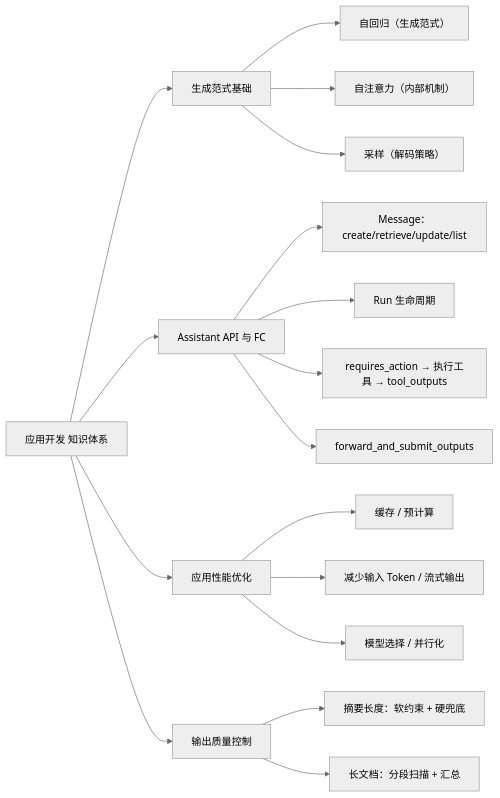
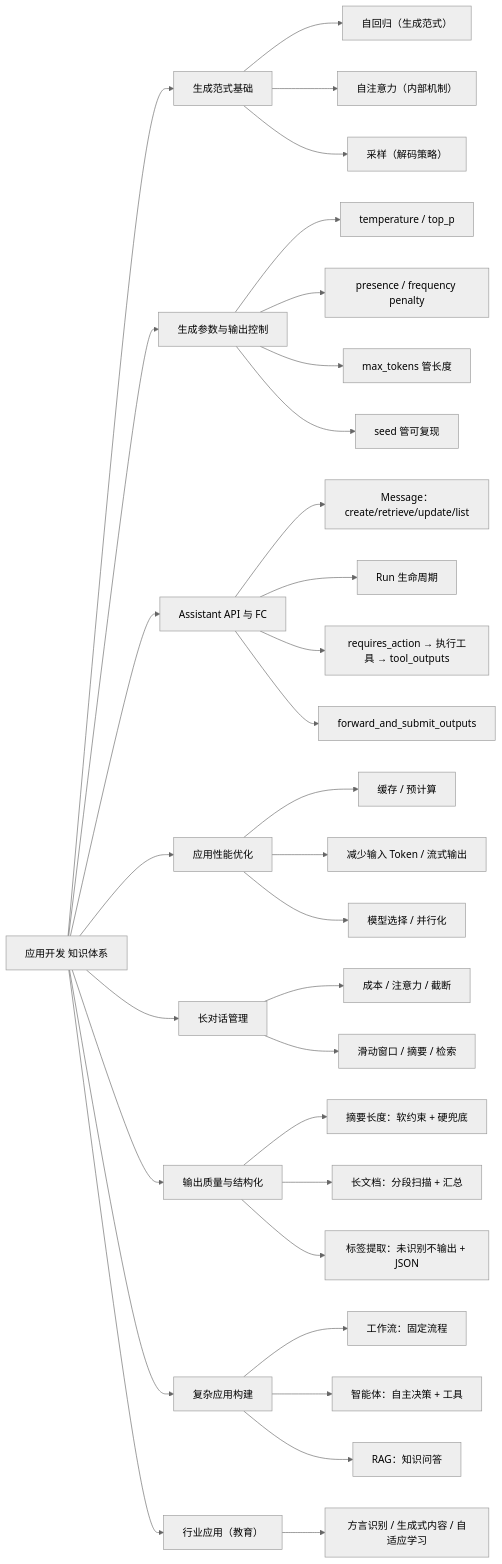
Before and after one commit to guoleihit/notes: the diagram in notes/ACP/应用/应用开发 知识点总结.md, drawn with Mermaid (neutral theme). The commit also changed other lines of this file and 1 other file, not shown here.

````diff
--- a/notes/ACP/应用/应用开发 知识点总结.md
+++ b/notes/ACP/应用/应用开发 知识点总结.md
@@ -35,19 +48,34 @@
 ```mermaid
 flowchart LR
     T["应用开发 知识体系"] --> A["生成范式基础"]
+    T --> P["生成参数与输出控制"]
     T --> B["Assistant API 与 FC"]
     T --> C["应用性能优化"]
-    T --> D["输出质量控制"]
+    T --> L["长对话管理"]
+    T --> D["输出质量与结构化"]
+    T --> H["复杂应用构建"]
+    T --> E["行业应用（教育）"]
     A --> A1["自回归（生成范式）"]
     A --> A2["自注意力（内部机制）"]
     A --> A3["采样（解码策略）"]
+    P --> P1["temperature / top_p"]
+    P --> P2["presence / frequency penalty"]
+    P --> P3["max_tokens 管长度"]
+    P --> P4["seed 管可复现"]
     B --> B1["Message：create/retrieve/update/list"]
     B --> B2["Run 生命周期"]
     B --> B3["requires_action → 执行工具 → tool_outputs"]
     B --> B4["forward_and_submit_outputs"]
     C --> C1["缓存 / 预计算"]
     C --> C2["减少输入 Token / 流式输出"]
     C --> C3["模型选择 / 并行化"]
+    L --> L1["成本 / 注意力 / 截断"]
+    L --> L2["滑动窗口 / 摘要 / 检索"]
     D --> D1["摘要长度：软约束 + 硬兜底"]
     D --> D2["长文档：分段扫描 + 汇总"]
+    D --> D3["标签提取：未识别不输出 + JSON"]
+    H --> H1["工作流：固定流程"]
+    H --> H2["智能体：自主决策 + 工具"]
+    H --> H3["RAG：知识问答"]
+    E --> E1["方言识别 / 生成式内容 / 自适应学习"]
 ```
````
